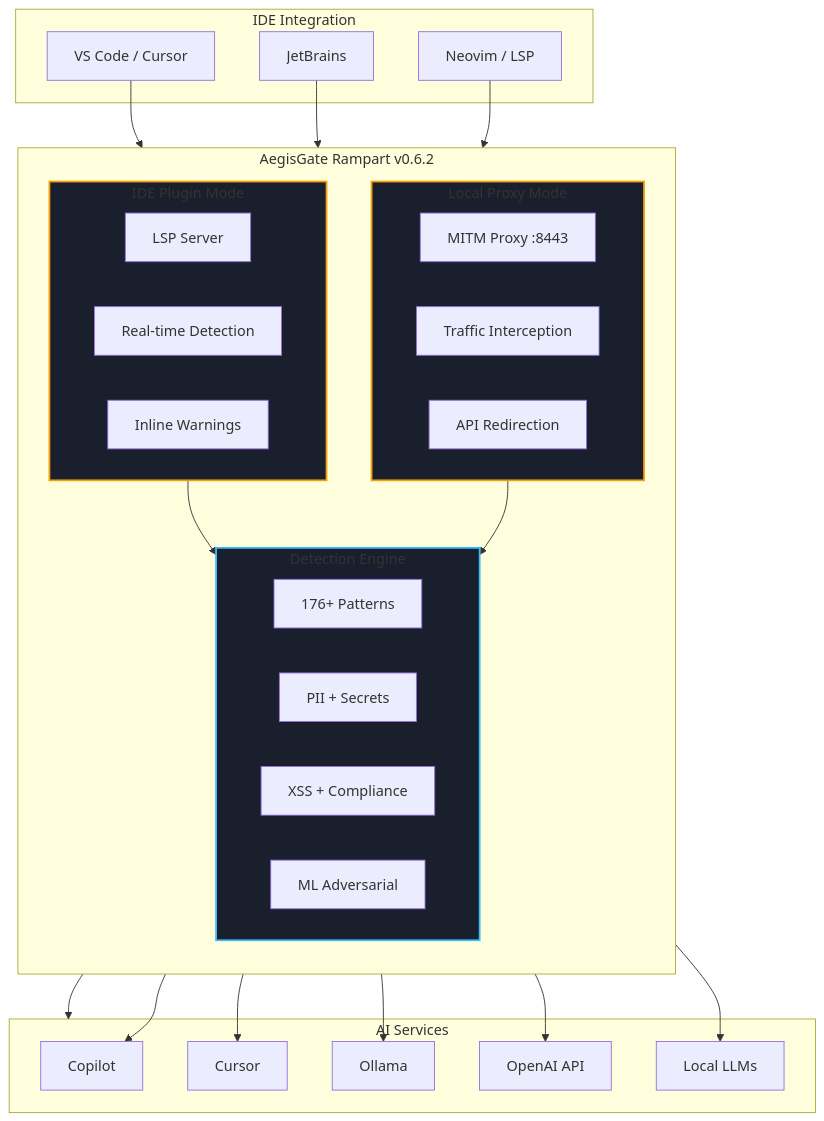
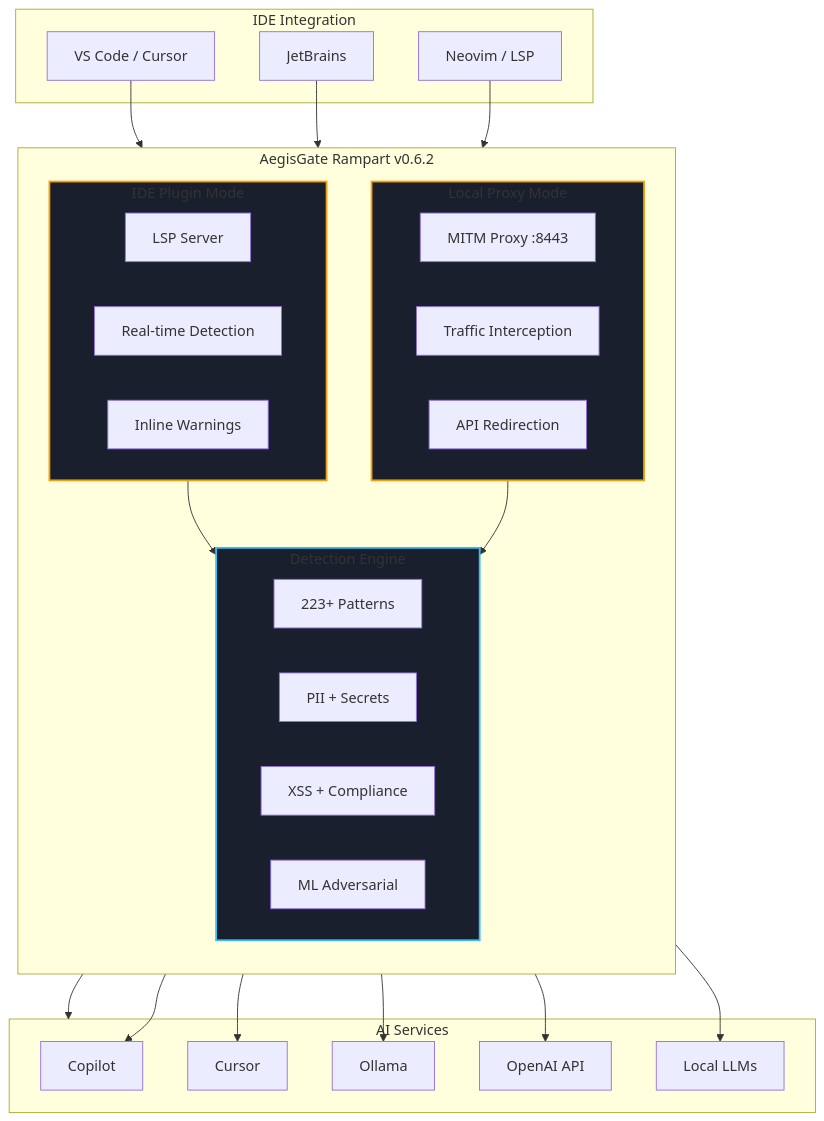
Before and after one commit to aegisgatesecurity/aegisgate-site: the first of 3 diagrams in content/rampart/_index.md, drawn with Mermaid. The commit also changed 28 other files, not shown here.

```diff
--- a/content/rampart/_index.md
+++ b/content/rampart/_index.md
@@ -77,57 +77,57 @@
 {{< mermaid >}}
 flowchart TD
     subgraph IDE["IDE Integration"]
         VS[VS Code / Cursor]
         JB[JetBrains]
         NV[Neovim / LSP]
     end
 
     subgraph Rampart["AegisGate Rampart v0.6.2"]
         direction TB
         
         subgraph PluginMode["IDE Plugin Mode"]
             PM1[LSP Server]
             PM2[Real-time Detection]
             PM3[Inline Warnings]
         end
         
         subgraph ProxyMode["Local Proxy Mode"]
             PX1[MITM Proxy :8443]
             PX2[Traffic Interception]
             PX3[API Redirection]
         end
         
         subgraph Engine["Detection Engine"]
-            E1[176+ Patterns]
+            E1[223+ Patterns]
             E2[PII + Secrets]
             E3[XSS + Compliance]
             E4[ML Adversarial]
         end
     end
 
     subgraph AI["AI Services"]
         A[Copilot]
         B[Cursor]
         C[Ollama]
         D[OpenAI API]
         E[Local LLMs]
     end
 
     VS --> PluginMode
     JB --> PluginMode
     NV --> PluginMode
     
     PluginMode --> Engine
     ProxyMode --> Engine
     
     PluginMode --> AI
     ProxyMode --> A
     ProxyMode --> B
     ProxyMode --> C
     ProxyMode --> D
     ProxyMode --> E
 
     style PluginMode fill:#1a1f2e,stroke:#f59e0b,stroke-width:2px
     style ProxyMode fill:#1a1f2e,stroke:#f59e0b,stroke-width:2px
     style Engine fill:#1a1f2e,stroke:#38bdf8,stroke-width:2px
 {{< /mermaid >}}
```
